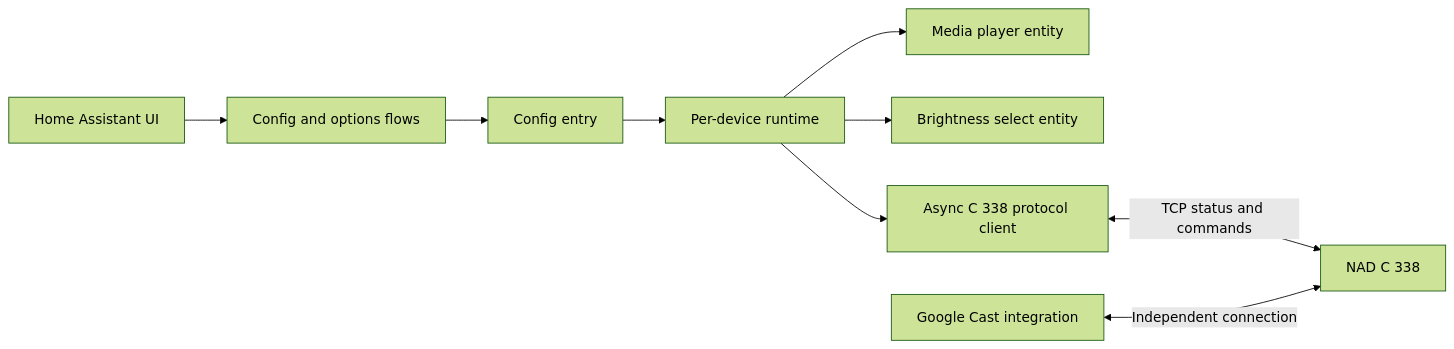
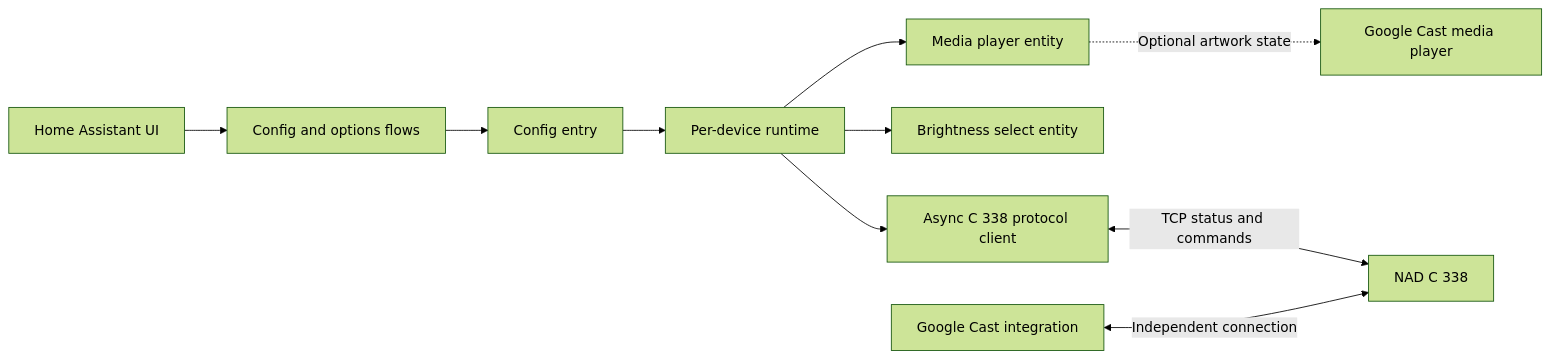
The diagram in docs/systemoverview.md (DBlade82/NAD-C338-Ctrl), drawn with Mermaid (forest theme) before and after one commit. The commit also changed other lines of this file and 12 other files, not shown here.

````diff
--- a/docs/systemoverview.md
+++ b/docs/systemoverview.md
@@ -18,11 +18,12 @@
 ```mermaid
 flowchart LR
     User[Home Assistant UI] --> Flow[Config and options flows]
     Flow --> Entry[Config entry]
     Entry --> Runtime[Per-device runtime]
     Runtime --> Entity[Media player entity]
     Runtime --> Select[Brightness select entity]
     Runtime --> Client[Async C 338 protocol client]
+    Entity -.->|Optional artwork state| CastEntity[Google Cast media player]
     Client <-->|TCP status and commands| Amp[NAD C 338]
     Cast[Google Cast integration] <-->|Independent connection| Amp
 ```
````
